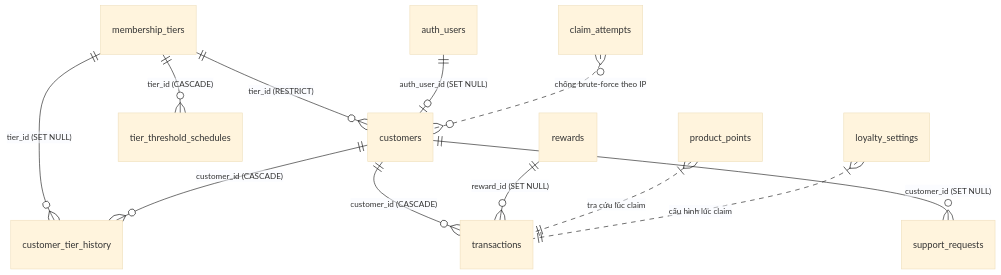
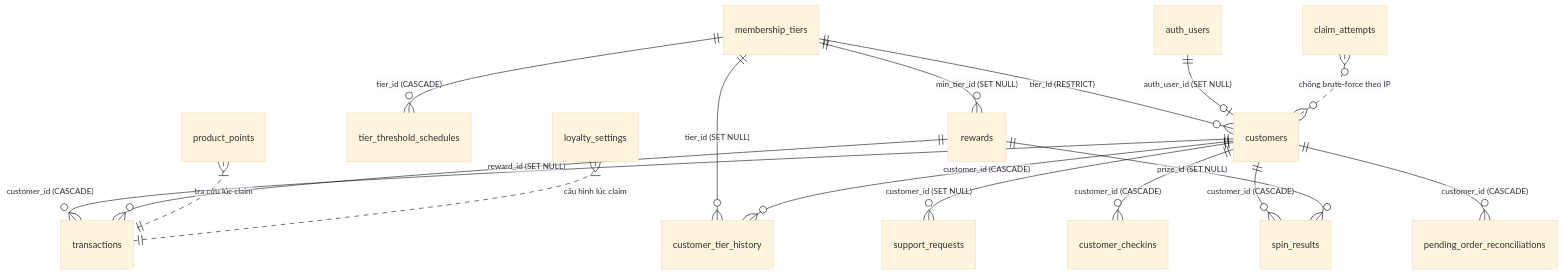
One commit to tanvinh152/qr-loyalty-points-app changed the fifth of 5 diagrams in OVERVIEW.md. Above: the diagram before and after it, drawn with Mermaid (base theme). The commit also changed other lines of this file and 40 other files, not shown here.

First line of the commit message:
docs(overview): update table of contents and system architecture documentation

````diff
--- a/OVERVIEW.md
+++ b/OVERVIEW.md
@@ -825,14 +1016,19 @@
 ```mermaid
 erDiagram
     membership_tiers ||--o{ customers : "tier_id (RESTRICT)"
     membership_tiers ||--o{ tier_threshold_schedules : "tier_id (CASCADE)"
     membership_tiers ||--o{ customer_tier_history : "tier_id (SET NULL)"
     customers ||--o{ transactions : "customer_id (CASCADE)"
     customers ||--o{ customer_tier_history : "customer_id (CASCADE)"
     customers ||--o{ support_requests : "customer_id (SET NULL)"
+    customers ||--o{ customer_checkins : "customer_id (CASCADE)"
+    customers ||--o{ spin_results : "customer_id (CASCADE)"
+    customers ||--o{ pending_order_reconciliations : "customer_id (CASCADE)"
     rewards ||--o{ transactions : "reward_id (SET NULL)"
+    rewards ||--o{ spin_results : "prize_id (SET NULL)"
+    membership_tiers ||--o{ rewards : "min_tier_id (SET NULL)"
     auth_users ||--o| customers : "auth_user_id (SET NULL)"
     product_points }|..|| transactions : "tra cứu lúc claim"
     loyalty_settings }|..|| transactions : "cấu hình lúc claim"
     claim_attempts }o..o{ customers : "chống brute-force theo IP"
 ```
````
